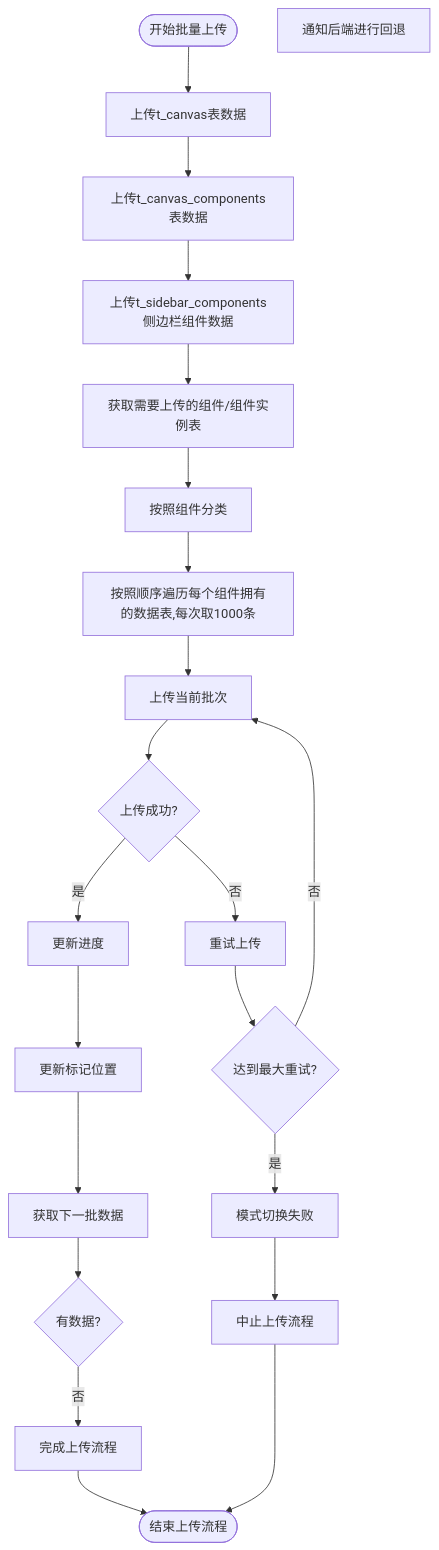
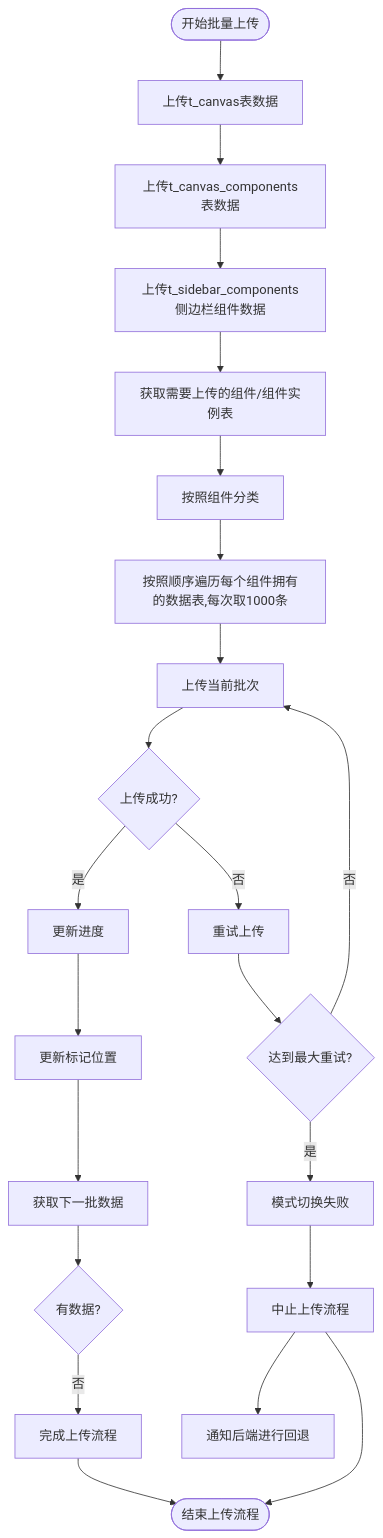
Before and after one commit to yingjianzh/iodraw-files: the diagram in all/未命名-51.md, drawn with Mermaid.

Commit message:
2025-05-08 17:36:38 update

````diff
--- a/all/未命名-51.md
+++ b/all/未命名-51.md
@@ -1,33 +1,31 @@
 ```mermaid
 flowchart TD
     Start([开始批量上传]) --> UploadSpaceData[上传t_canvas表数据]
     UploadSpaceData --> UploadComponentListData[上传t_canvas_components表数据]
     UploadComponentListData --> UploadSiderComponent[上传t_sidebar_components侧边栏组件数据]
     UploadSiderComponent --> FetchData[获取需要上传的组件/组件实例表]
     FetchData --> ClassifyData[按照组件分类]
     ClassifyData --> UploadData[按照顺序遍历每个组件拥有的数据表,每次取1000条]
     UploadData --> UploadBatch[上传当前批次]
     
     UpdateProgress --> UpdateMarker[更新标记位置]
     UpdateMarker --> FetchNextBatch[获取下一批数据]
     
     FetchNextBatch --> CheckResults{有数据?}
     CheckResults -->|否| CompleteUpload[完成上传流程]
      
     
     UploadBatch --> UploadSuccess{上传成功?}
     UploadSuccess -->|是| UpdateProgress[更新进度]
     UploadSuccess -->|否| RetryUpload[重试上传]
     
     RetryUpload --> MaxRetries{达到最大重试?}
     MaxRetries -->|否| UploadBatch
     MaxRetries -->|是| ErrorHandling[模式切换失败]
     
-    ErrorHandling --> 
-    AbortProcess[中止上传流程]
-    
-    ReportError[通知后端进行回退]
+    ErrorHandling --> AbortProcess[中止上传流程]
+    AbortProcess --> ReportError[通知后端进行回退]
     
     CompleteUpload --> End([结束上传流程])
     AbortProcess --> End
 ```
````
